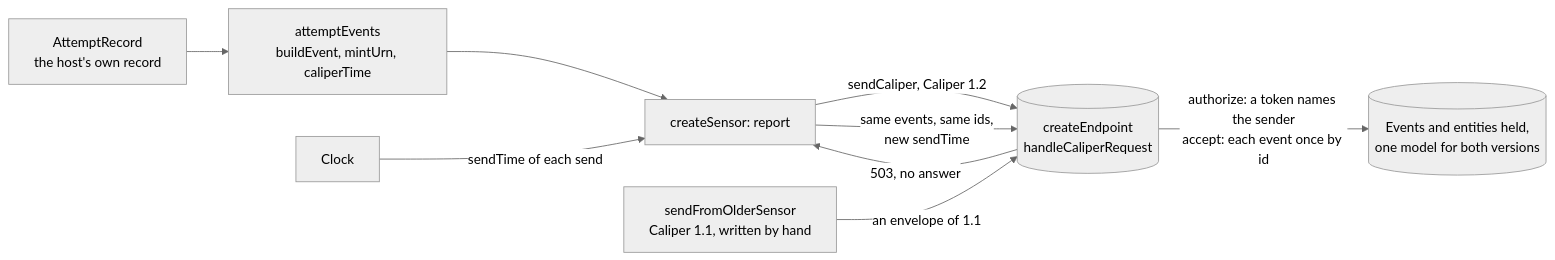
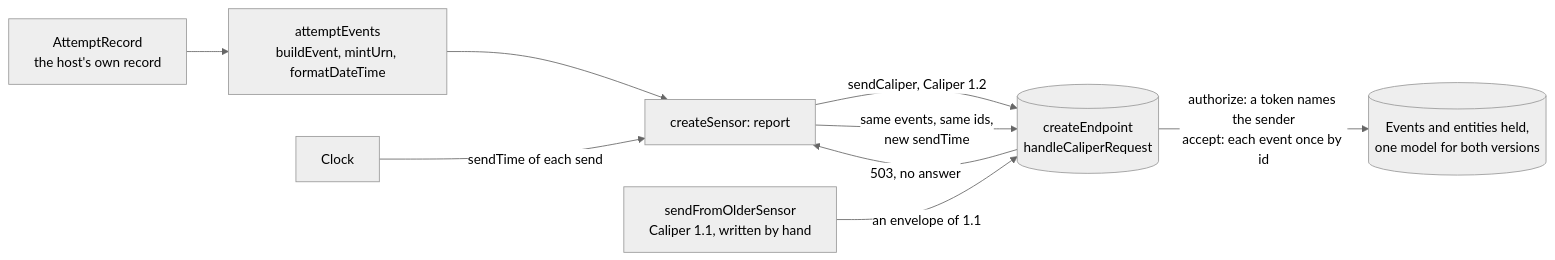
Before and after one commit to interopkit/interopkit: the diagram in examples/learning-analytics/README.md, drawn with Mermaid (neutral theme). The commit also changed 368 other files, not shown here.

````diff
--- a/examples/learning-analytics/README.md
+++ b/examples/learning-analytics/README.md
@@ -8,11 +8,11 @@
 ```mermaid
 flowchart LR
-  record["AttemptRecord<br/>the host's own record"] --> events["attemptEvents<br/>buildEvent, mintUrn, caliperTime"]
+  record["AttemptRecord<br/>the host's own record"] --> events["attemptEvents<br/>buildEvent, mintUrn, formatDateTime"]
   events --> sensor["createSensor: report"]
   clock["Clock"] -->|"sendTime of each send"| sensor
   sensor -->|"sendCaliper, Caliper 1.2"| endpoint[("createEndpoint<br/>handleCaliperRequest")]
   endpoint -->|"503, no answer"| sensor
   sensor -->|"same events, same ids,<br/>new sendTime"| endpoint
   older["sendFromOlderSensor<br/>Caliper 1.1, written by hand"] -->|"an envelope of 1.1"| endpoint
   endpoint -->|"authorize: a token names the sender<br/>accept: each event once by id"| held[("Events and entities held,<br/>one model for both versions")]
 ```
````
